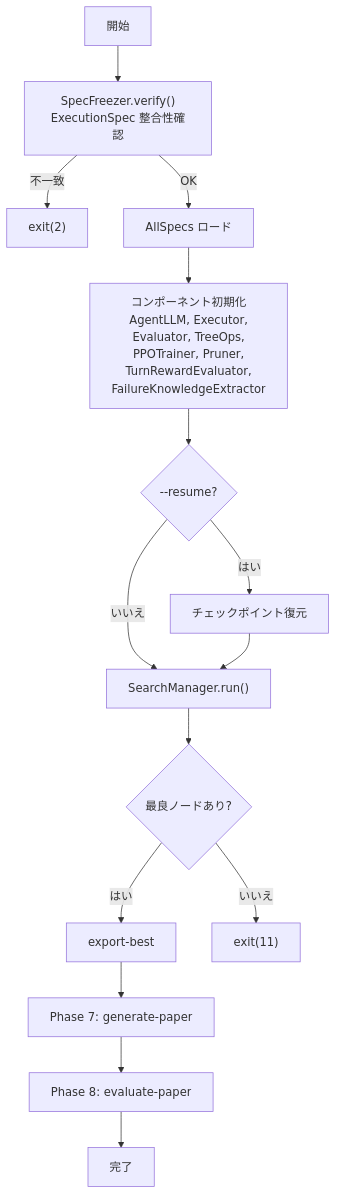
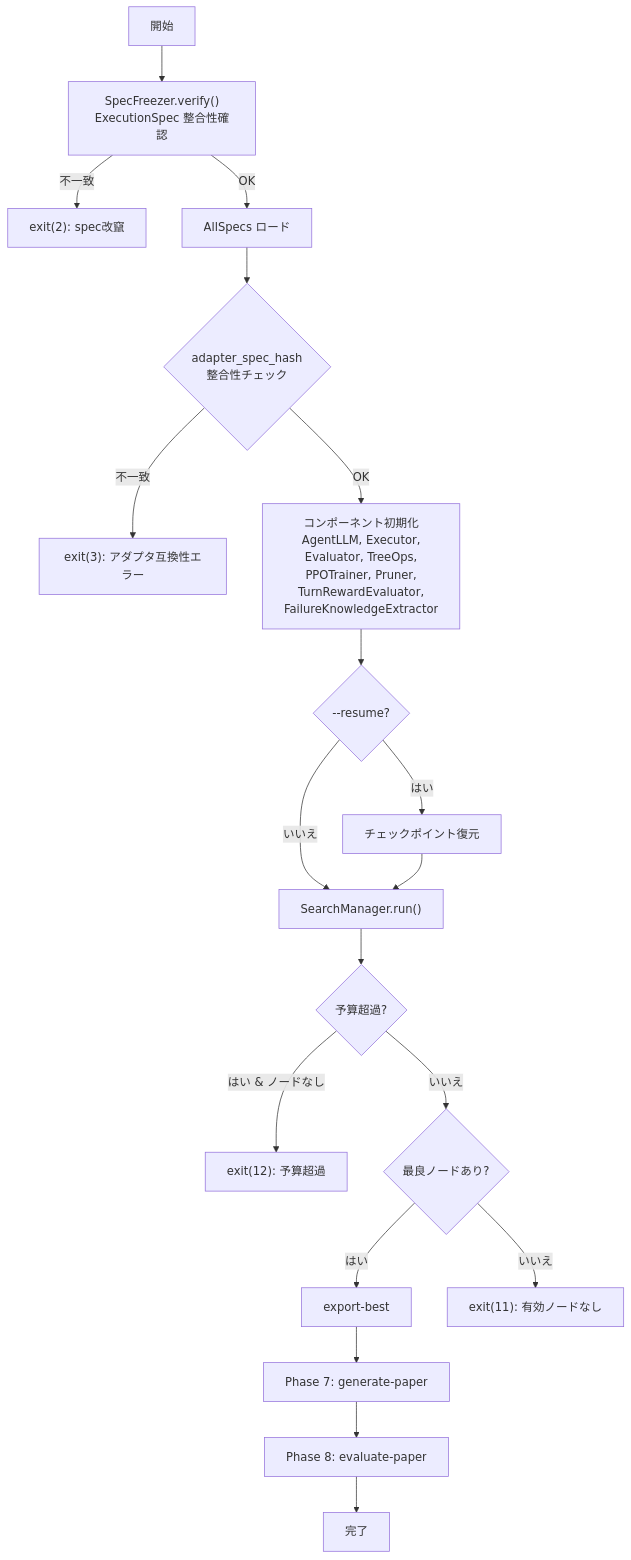
Before and after one commit to kotama7/SERA: diagram 13 of 13 in docs/workflow.md, drawn with Mermaid. The commit also changed other lines of this file and 32 other files, not shown here.

````diff
--- a/docs/workflow.md
+++ b/docs/workflow.md
@@ -801,17 +805,21 @@
 ```mermaid
 flowchart TD
     START[開始] --> VERIFY["SpecFreezer.verify()<br/>ExecutionSpec 整合性確認"]
-    VERIFY -->|不一致| EXIT2["exit(2)"]
+    VERIFY -->|不一致| EXIT2["exit(2): spec改竄"]
     VERIFY -->|OK| LOAD[AllSpecs ロード]
-    LOAD --> INIT["コンポーネント初期化<br/>AgentLLM, Executor,<br/>Evaluator, TreeOps,<br/>PPOTrainer, Pruner,<br/>TurnRewardEvaluator,<br/>FailureKnowledgeExtractor"]
+    LOAD --> HASH{"adapter_spec_hash<br/>整合性チェック"}
+    HASH -->|不一致| EXIT3["exit(3): アダプタ互換性エラー"]
+    HASH -->|OK| INIT["コンポーネント初期化<br/>AgentLLM, Executor,<br/>Evaluator, TreeOps,<br/>PPOTrainer, Pruner,<br/>TurnRewardEvaluator,<br/>FailureKnowledgeExtractor"]
     INIT --> RESUME{--resume?}
     RESUME -->|はい| RESTORE[チェックポイント復元]
     RESUME -->|いいえ| RUN
     RESTORE --> RUN
-    RUN["SearchManager.run()"] --> BEST{最良ノードあり?}
+    RUN["SearchManager.run()"] --> BUDGET{予算超過?}
+    BUDGET -->|"はい & ノードなし"| EXIT12["exit(12): 予算超過"]
+    BUDGET -->|いいえ| BEST{最良ノードあり?}
     BEST -->|はい| EXPORT["export-best"]
-    BEST -->|いいえ| EXIT11["exit(11)"]
+    BEST -->|いいえ| EXIT11["exit(11): 有効ノードなし"]
     EXPORT --> PAPER["Phase 7: generate-paper"]
     PAPER --> EVAL["Phase 8: evaluate-paper"]
     EVAL --> DONE[完了]
 ```
````
